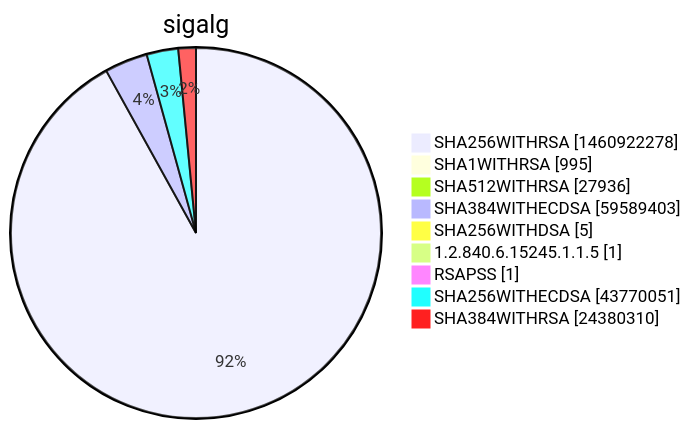
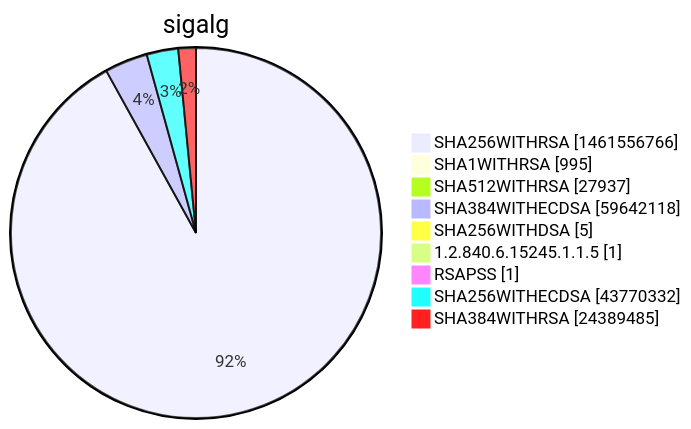
Before and after one commit to christiankrug/ctmonitor_visualization: diagram 15 of 15 in xenon2022/README.md, drawn with Mermaid. The commit also changed other lines of this file, not shown here.

````diff
--- a/xenon2022/README.md
+++ b/xenon2022/README.md
@@ -5862,13 +5862,13 @@
 ```mermaid
 pie showData
 title sigalg
-"SHA256WITHRSA" :1460922278
+"SHA256WITHRSA" :1461556766
 "SHA1WITHRSA" :995
-"SHA512WITHRSA" :27936
-"SHA384WITHECDSA" :59589403
+"SHA512WITHRSA" :27937
+"SHA384WITHECDSA" :59642118
 "SHA256WITHDSA" :5
 "1.2.840.6.15245.1.1.5" :1
 "RSAPSS" :1
-"SHA256WITHECDSA" :43770051
-"SHA384WITHRSA" :24380310
+"SHA256WITHECDSA" :43770332
+"SHA384WITHRSA" :24389485
 ```
````
